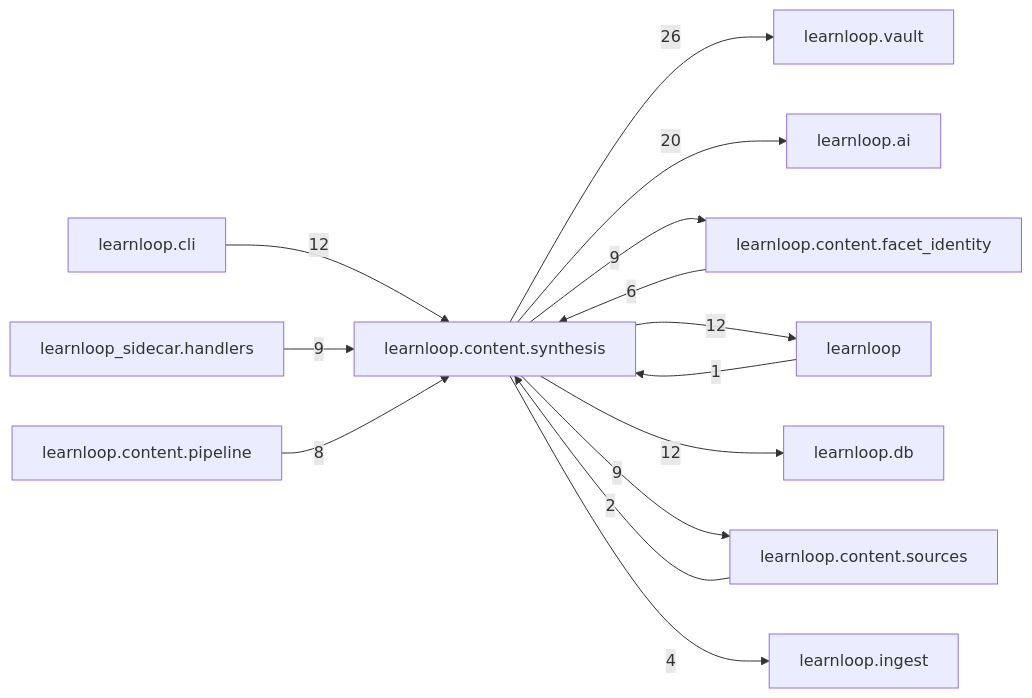
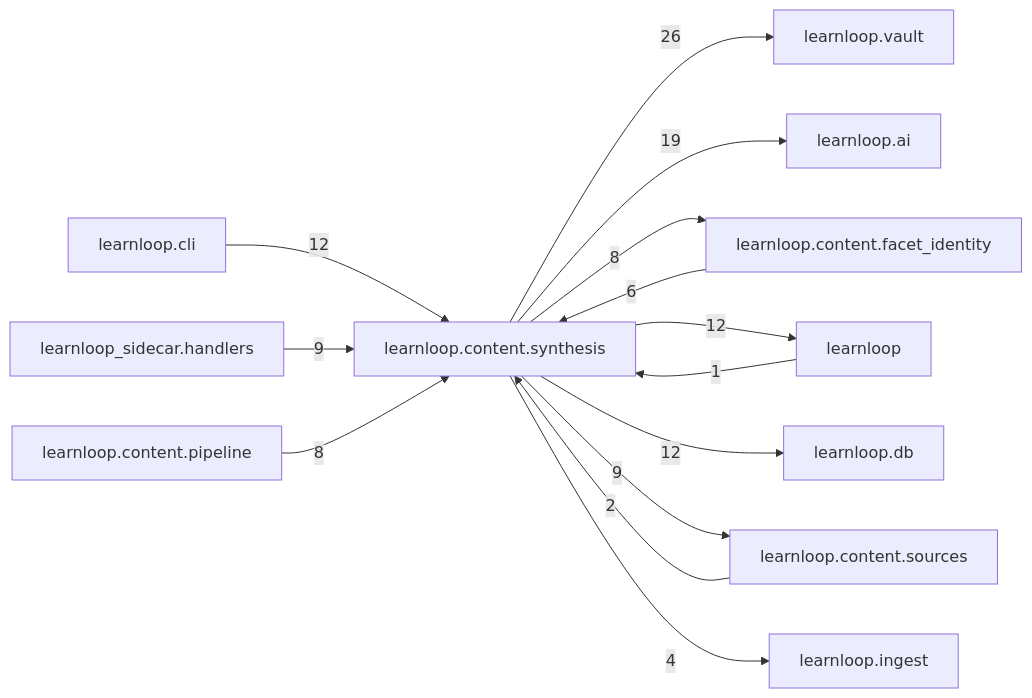
One commit to 6up-b/learnanything changed the diagram in docs/learnloop-architecture-vault/Reference/Modules/learnloop/content/synthesis/_package.md. Above: the diagram before and after it, drawn with Mermaid. The commit also changed other lines of this file and 29 other files, not shown here.

````diff
--- a/docs/learnloop-architecture-vault/Reference/Modules/learnloop/content/synthesis/_package.md
+++ b/docs/learnloop-architecture-vault/Reference/Modules/learnloop/content/synthesis/_package.md
@@ -124,27 +124,27 @@
 ```mermaid
 flowchart LR
     center["learnloop.content.synthesis"]
     n_learnloop_vault["learnloop.vault"]
     n_learnloop_ai["learnloop.ai"]
     n_learnloop_content_facet_identity["learnloop.content.facet_identity"]
     n_learnloop["learnloop"]
     n_learnloop_cli["learnloop.cli"]
     n_learnloop_db["learnloop.db"]
     n_learnloop_content_sources["learnloop.content.sources"]
     n_learnloop_sidecar_handlers["learnloop_sidecar.handlers"]
     n_learnloop_content_pipeline["learnloop.content.pipeline"]
     n_learnloop_ingest["learnloop.ingest"]
     center -->|26| n_learnloop_vault
-    center -->|20| n_learnloop_ai
+    center -->|19| n_learnloop_ai
     n_learnloop_content_facet_identity -->|6| center
-    center -->|9| n_learnloop_content_facet_identity
+    center -->|8| n_learnloop_content_facet_identity
     n_learnloop -->|1| center
     center -->|12| n_learnloop
     n_learnloop_cli -->|12| center
     center -->|12| n_learnloop_db
     n_learnloop_content_sources -->|2| center
     center -->|9| n_learnloop_content_sources
     n_learnloop_sidecar_handlers -->|9| center
     n_learnloop_content_pipeline -->|8| center
     center -->|4| n_learnloop_ingest
 ```
````
